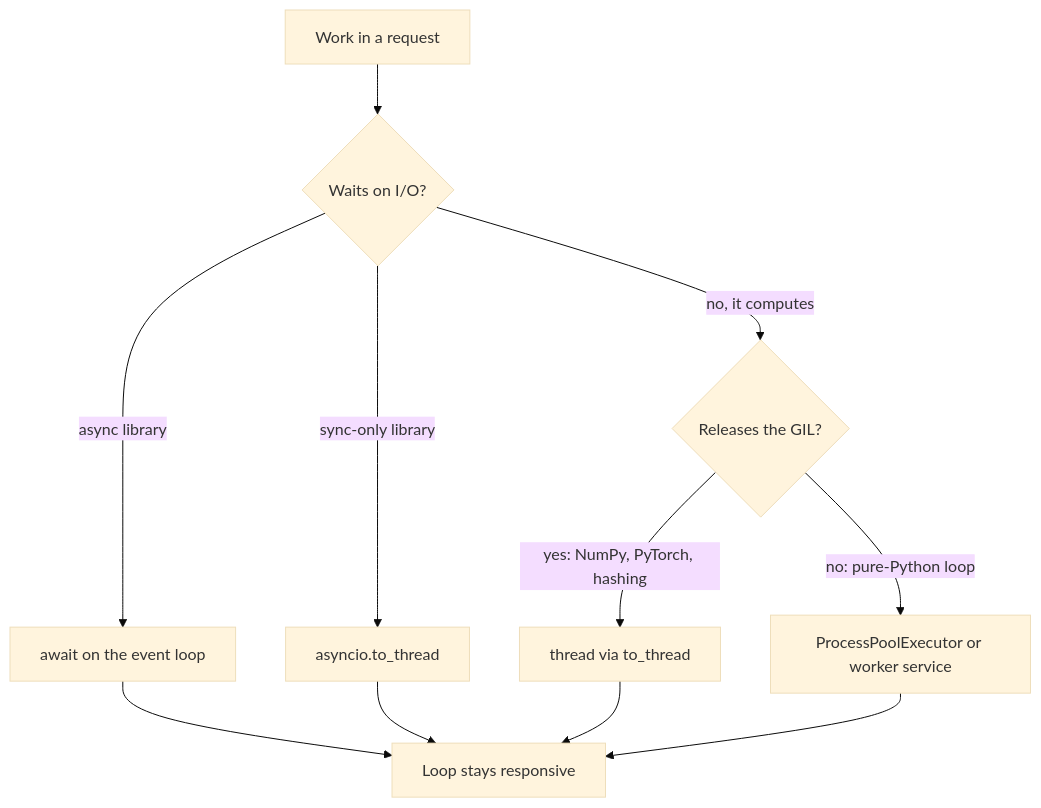
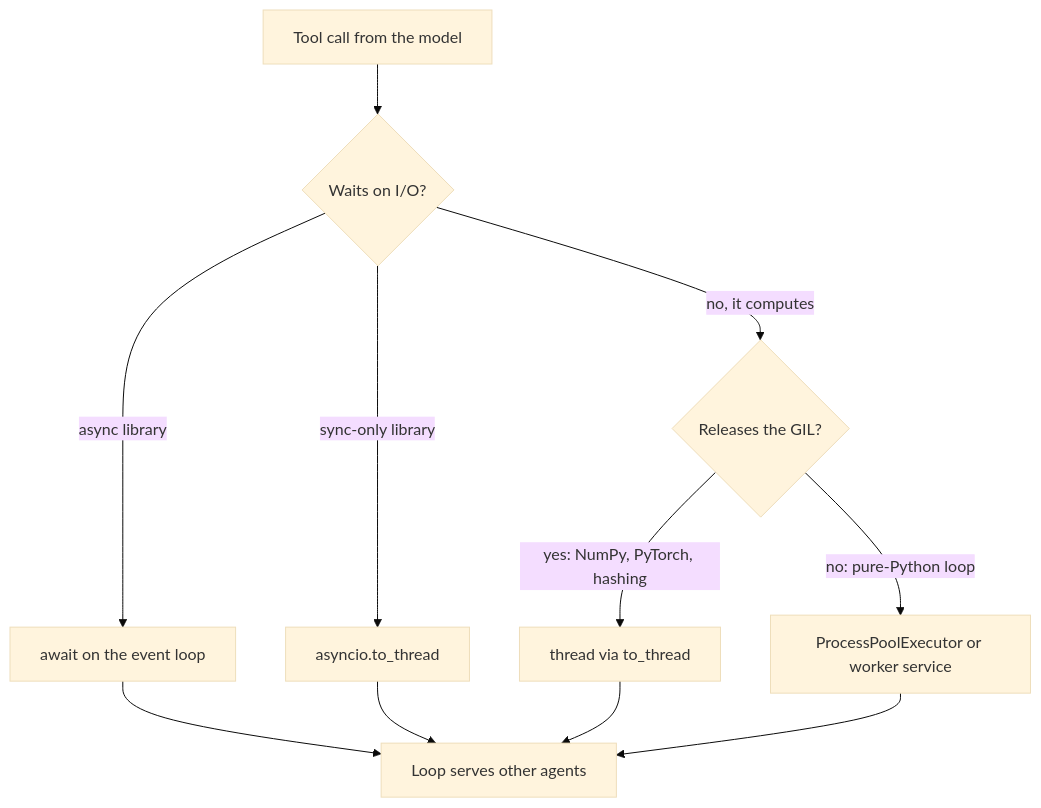
Before and after one commit to lovishmahajan97/agentic-learning: the diagram in content/backend-fundamentals/python.md, drawn with Mermaid (base theme). The commit also changed other lines of this file and 266 other files, not shown here.

````diff
--- a/content/backend-fundamentals/python.md
+++ b/content/backend-fundamentals/python.md
@@ -113,13 +133,13 @@
 ```mermaid
 flowchart TD
-    W["Work in a request"] --> Q1{"Waits on I/O?"}
+    W["Tool call from the model"] --> Q1{"Waits on I/O?"}
     Q1 -->|"async library"| A["await on the event loop"]
     Q1 -->|"sync-only library"| T1["asyncio.to_thread"]
     Q1 -->|"no, it computes"| Q2{"Releases the GIL?"}
     Q2 -->|"yes: NumPy, PyTorch, hashing"| T2["thread via to_thread"]
     Q2 -->|"no: pure-Python loop"| P["ProcessPoolExecutor or worker service"]
-    A --> L["Loop stays responsive"]
+    A --> L["Loop serves other agents"]
     T1 --> L
     T2 --> L
     P --> L
 ```
````
